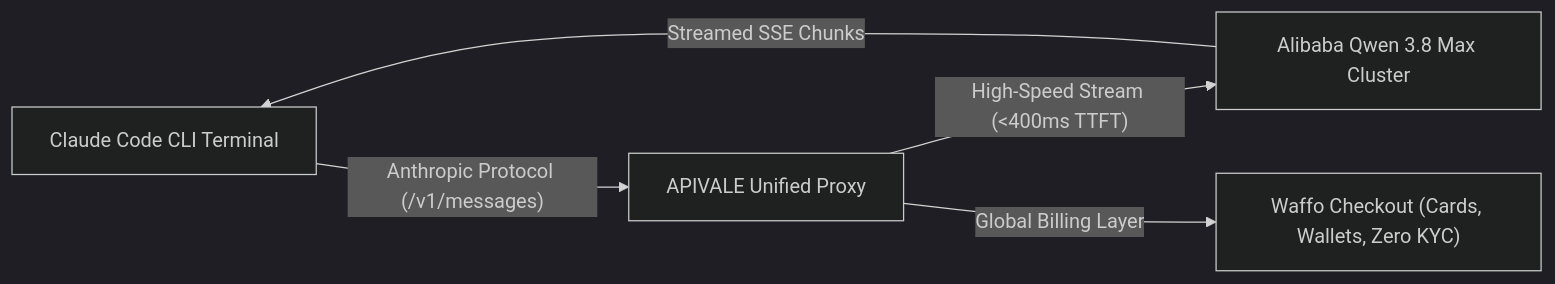
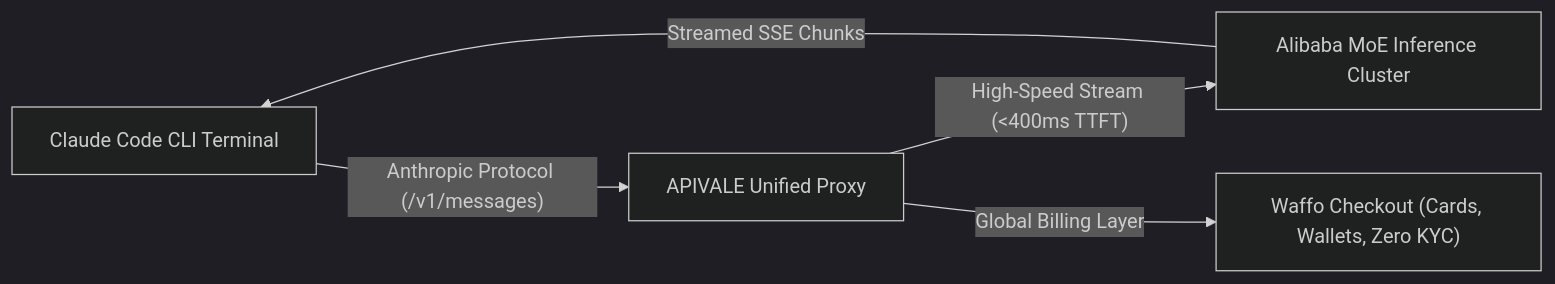
Before and after one commit to bshx2024/apivel_blog: the diagram in src/content/blog/claude-code-opus-5-2-alternative-qwen-3-8-max.md, drawn with Mermaid (dark theme). The commit also changed other lines of this file, not shown here.

````diff
--- a/src/content/blog/claude-code-opus-5-2-alternative-qwen-3-8-max.md
+++ b/src/content/blog/claude-code-opus-5-2-alternative-qwen-3-8-max.md
@@ -187,7 +188,7 @@
 ```mermaid
 graph LR
     A["Claude Code CLI Terminal"] -->|"Anthropic Protocol (/v1/messages)"| B["APIVALE Unified Proxy"]
-    B -->|"High-Speed Stream (<400ms TTFT)"| C["Alibaba Qwen 3.8 Max Cluster"]
+    B -->|"High-Speed Stream (<400ms TTFT)"| C["Alibaba MoE Inference Cluster"]
     B -->|"Global Billing Layer"| D["Waffo Checkout (Cards, Wallets, Zero KYC)"]
     C -->|"Streamed SSE Chunks"| A
 ```
````
